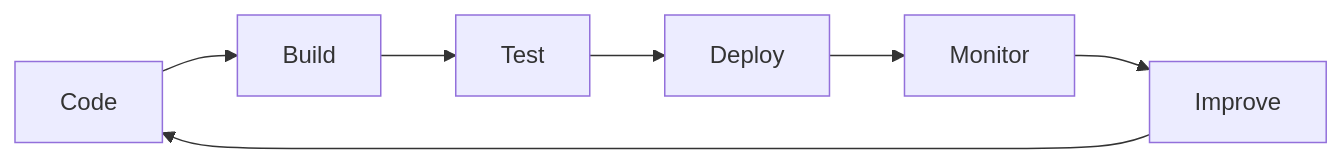
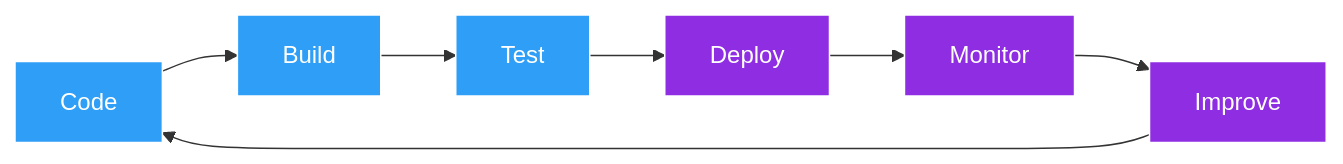
One commit to thesharmaa/thesharmaa changed the diagram in README.md. Above: the diagram before and after it, drawn with Mermaid. The commit also changed other lines of this file, not shown here.

````diff
--- a/README.md
+++ b/README.md
@@ -68,9 +61,16 @@
 ```mermaid
 graph LR
 A[Code] --> B[Build]
 B --> C[Test]
 C --> D[Deploy]
 D --> E[Monitor]
 E --> F[Improve]
 F --> A
+
+style A fill:#2E9EF7,stroke:#fff,color:#fff
+style B fill:#2E9EF7,stroke:#fff,color:#fff
+style C fill:#2E9EF7,stroke:#fff,color:#fff
+style D fill:#8E2DE2,stroke:#fff,color:#fff
+style E fill:#8E2DE2,stroke:#fff,color:#fff
+style F fill:#8E2DE2,stroke:#fff,color:#fff
 ```
````
